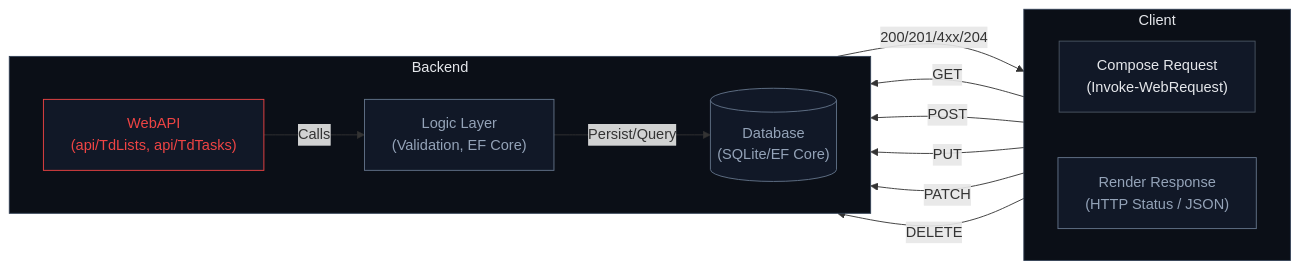
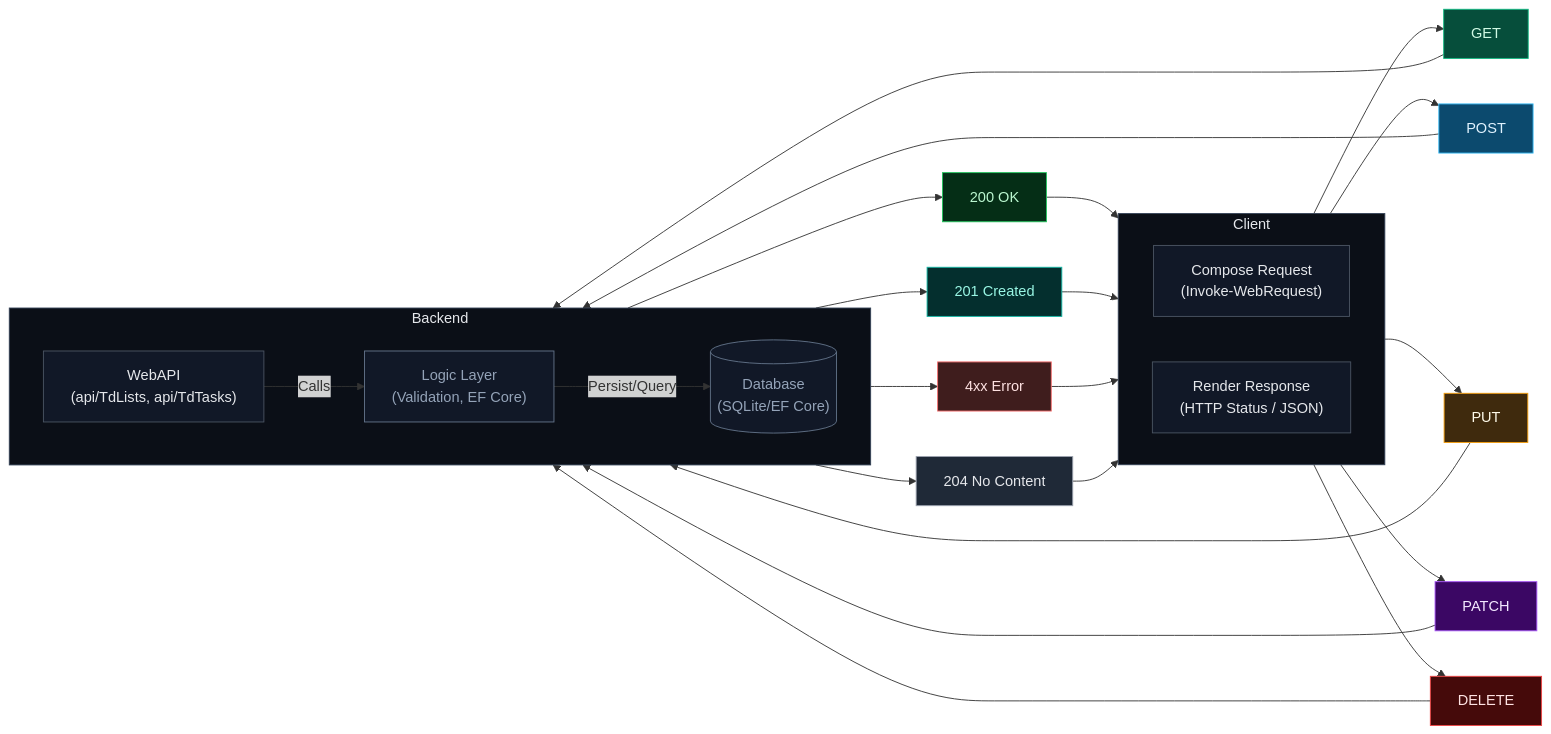
One commit to IxI-Enki/POSE_2025_26_uebung_02 changed the diagram in docs/API_test_results_dokumentation.md. Above: the diagram before and after it, drawn with Mermaid.

Commit message:
docs: colorized method and response nodes in Mermaid diagram

````diff
--- a/docs/API_test_results_dokumentation.md
+++ b/docs/API_test_results_dokumentation.md
@@ -3,35 +3,59 @@
 ```mermaid
 flowchart LR
   classDef dark fill:#0b0f17,stroke:#334155,color:#e5e7eb;
   classDef node fill:#111827,stroke:#4b5563,color:#e5e7eb;
   classDef edge stroke:#64748b,color:#94a3b8;
-  classDef get stroke:#10b981,color:#10b981;
-  classDef post stroke:#3b82f6,color:#3b82f6;
-  classDef put stroke:#f59e0b,color:#f59e0b;
-  classDef patch stroke:#a855f7,color:#a855f7;
-  classDef del stroke:#ef4444,color:#ef4444;
+  %% request method node styles
+  classDef getNode fill:#064e3b,stroke:#10b981,color:#d1fae5;
+  classDef postNode fill:#0c4a6e,stroke:#38bdf8,color:#e0f2fe;
+  classDef putNode fill:#3f2a0d,stroke:#f59e0b,color:#fffbeb;
+  classDef patchNode fill:#3b0764,stroke:#a855f7,color:#f3e8ff;
+  classDef delNode fill:#450a0a,stroke:#ef4444,color:#fee2e2;
+  %% response node styles
+  classDef ok200 fill:#052e16,stroke:#22c55e,color:#bbf7d0;
+  classDef created201 fill:#042f2e,stroke:#14b8a6,color:#99f6e4;
+  classDef err4xx fill:#3f1d1d,stroke:#f87171,color:#fee2e2;
+  classDef no204 fill:#1f2937,stroke:#9ca3af,color:#e5e7eb;
 
   subgraph CLIENT[Client]
     direction LR
     CReq["Compose Request<br>(Invoke-WebRequest)"]:::node
     CRes["Render Response<br>(HTTP Status / JSON)"]:::node
   end
 
   subgraph API[Backend]
     direction LR
     Ctrl["WebAPI<br>(api/TdLists, api/TdTasks)"]:::node
     Logic["Logic Layer<br>(Validation, EF Core)"]:::node
     DB[("Database<br>(SQLite/EF Core)")]:::node
   end
 
-  CReq -- GET --> Ctrl:::get
-  CReq -- POST --> Ctrl:::post
-  CReq -- PUT --> Ctrl:::put
-  CReq -- PATCH --> Ctrl:::patch
-  CReq -- DELETE --> Ctrl:::del
+  %% request flows (one per method)
+  G[GET]:::getNode
+  P[POST]:::postNode
+  U[PUT]:::putNode
+  H[PATCH]:::patchNode
+  D[DELETE]:::delNode
+
+  CReq --> G --> Ctrl
+  CReq --> P --> Ctrl
+  CReq --> U --> Ctrl
+  CReq --> H --> Ctrl
+  CReq --> D --> Ctrl
+
   Ctrl -- Calls --> Logic:::edge
   Logic -- Persist/Query --> DB:::edge
-  Ctrl -- 200/201/4xx/204 --> CRes:::edge
+
+  %% response flows (one per status type)
+  R200[200 OK]:::ok200
+  R201[201 Created]:::created201
+  R4xx[4xx Error]:::err4xx
+  R204[204 No Content]:::no204
+
+  Ctrl --> R200 --> CRes
+  Ctrl --> R201 --> CRes
+  Ctrl --> R4xx --> CRes
+  Ctrl --> R204 --> CRes
 
   class CLIENT,API dark;
 ```
````
